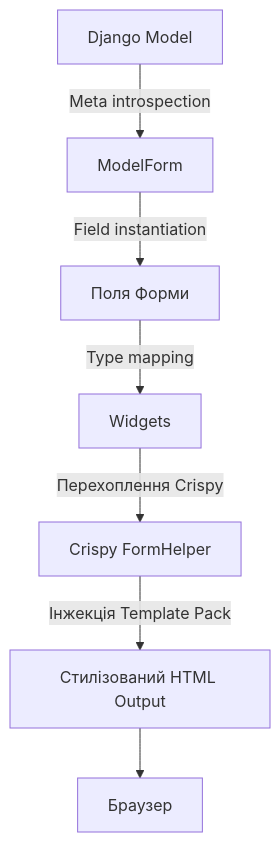
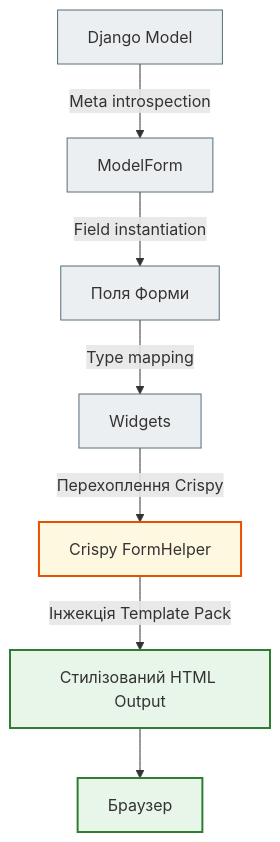
The ninth of 11 diagrams in docs/05_frontend_and_templates/design_foundations_full.md (NikoriakViktot/notes_chat_app), drawn with Mermaid before and after one commit. The commit also changed other lines of this file and 441 other files, not shown here.

First line of the commit message:
Add English version of the book, Mermaid standard, docs fixes

````diff
--- a/docs/05_frontend_and_templates/design_foundations_full.md
+++ b/docs/05_frontend_and_templates/design_foundations_full.md
@@ -710,9 +766,16 @@
 ```mermaid
 graph TD
     A[Django Model] -->|Meta introspection| B[ModelForm]
     B -->|Field instantiation| C[Поля Форми]
     C -->|Type mapping| D[Widgets]
     D -->|Перехоплення Crispy| E[Crispy FormHelper]
     E -->|Інжекція Template Pack| F[Стилізований HTML Output]
     F --> G[Браузер]
+
+    classDef step     fill:#eceff1,stroke:#546e7a,stroke-width:1px;
+    classDef success  fill:#e8f5e9,stroke:#2e7d32,stroke-width:2px;
+    classDef warning  fill:#fff8e1,stroke:#e65100,stroke-width:2px;
+    class A,B,C,D step;
+    class F,G success;
+    class E warning;
 ```
````
